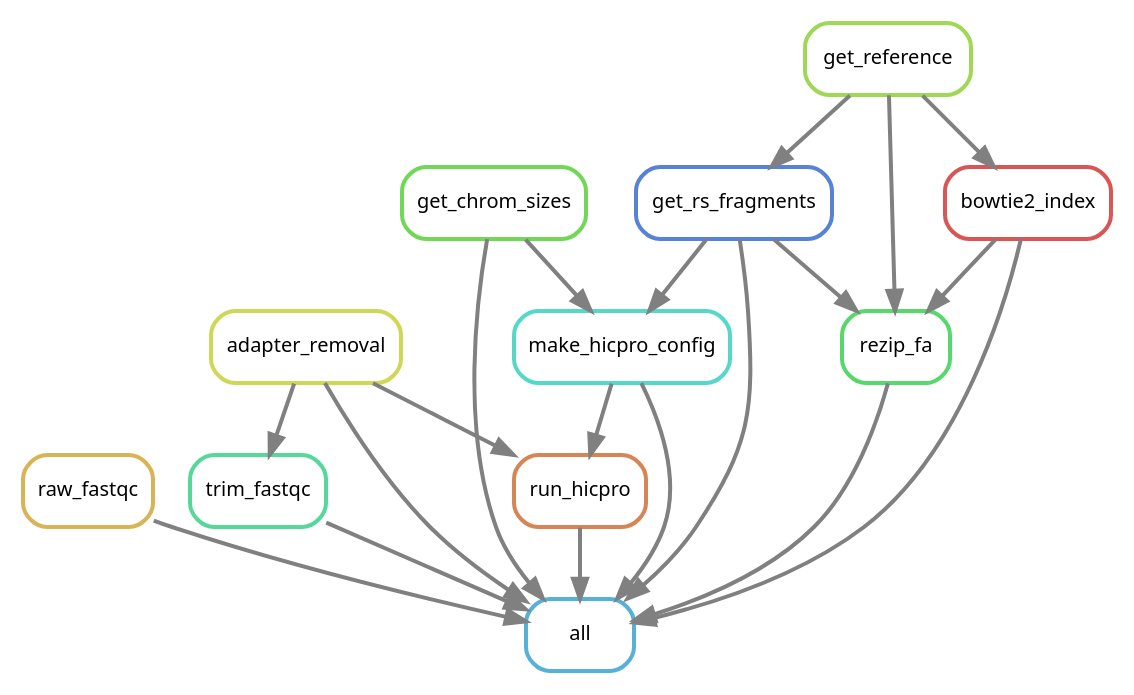
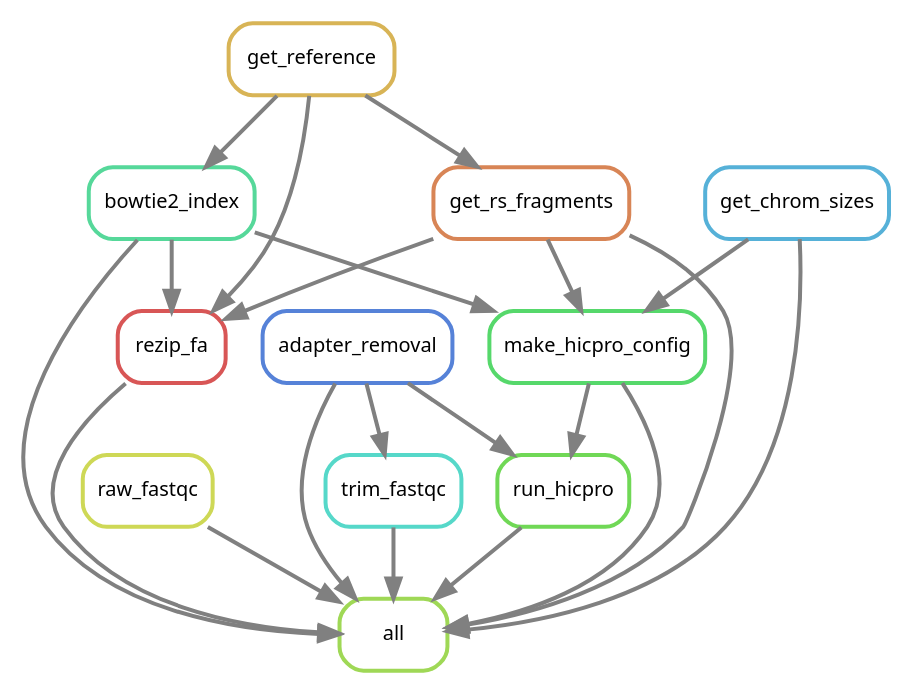
Before and after one commit to DRMCRL/ENCODE_T47D_HiC_ENCSR549MGQ: the diagram in output/rulegraph.dot, drawn with Graphviz. The commit also changed 3 other files, not shown here.

Commit message:
Added bowtie_index output as input to make_hicpro_config

```diff
--- a/output/rulegraph.dot
+++ b/output/rulegraph.dot
@@ -1,35 +1,36 @@
 digraph snakemake_dag {
     graph[bgcolor=white, margin=0];
     node[shape=box, style=rounded, fontname=sans,                 fontsize=10, penwidth=2];
     edge[penwidth=2, color=grey];
-	0[label = "all", color = "0.55 0.6 0.85", style="rounded"];
-	1[label = "raw_fastqc", color = "0.12 0.6 0.85", style="rounded"];
-	2[label = "trim_fastqc", color = "0.42 0.6 0.85", style="rounded"];
-	3[label = "run_hicpro", color = "0.06 0.6 0.85", style="rounded"];
-	4[label = "adapter_removal", color = "0.18 0.6 0.85", style="rounded"];
-	5[label = "bowtie2_index", color = "0.00 0.6 0.85", style="rounded"];
-	6[label = "rezip_fa", color = "0.36 0.6 0.85", style="rounded"];
-	7[label = "get_rs_fragments", color = "0.61 0.6 0.85", style="rounded"];
-	8[label = "get_chrom_sizes", color = "0.30 0.6 0.85", style="rounded"];
-	9[label = "make_hicpro_config", color = "0.48 0.6 0.85", style="rounded"];
-	10[label = "get_reference", color = "0.24 0.6 0.85", style="rounded"];
+	0[label = "all", color = "0.24 0.6 0.85", style="rounded"];
+	1[label = "trim_fastqc", color = "0.48 0.6 0.85", style="rounded"];
+	2[label = "bowtie2_index", color = "0.42 0.6 0.85", style="rounded"];
+	3[label = "raw_fastqc", color = "0.18 0.6 0.85", style="rounded"];
+	4[label = "get_rs_fragments", color = "0.06 0.6 0.85", style="rounded"];
+	5[label = "run_hicpro", color = "0.30 0.6 0.85", style="rounded"];
+	6[label = "adapter_removal", color = "0.61 0.6 0.85", style="rounded"];
+	7[label = "get_chrom_sizes", color = "0.55 0.6 0.85", style="rounded"];
+	8[label = "make_hicpro_config", color = "0.36 0.6 0.85", style="rounded"];
+	9[label = "rezip_fa", color = "0.00 0.6 0.85", style="rounded"];
+	10[label = "get_reference", color = "0.12 0.6 0.85", style="rounded"];
+	9 -> 0
+	4 -> 0
+	3 -> 0
 	5 -> 0
-	3 -> 0
+	8 -> 0
+	2 -> 0
 	1 -> 0
-	4 -> 0
-	8 -> 0
+	7 -> 0
 	6 -> 0
-	2 -> 0
-	9 -> 0
-	7 -> 0
-	4 -> 2
-	4 -> 3
-	9 -> 3
-	10 -> 5
-	7 -> 6
-	5 -> 6
-	10 -> 6
-	10 -> 7
-	8 -> 9
-	7 -> 9
+	6 -> 1
+	10 -> 2
+	10 -> 4
+	6 -> 5
+	8 -> 5
+	2 -> 8
+	7 -> 8
+	4 -> 8
+	2 -> 9
+	4 -> 9
+	10 -> 9
 }            
```
